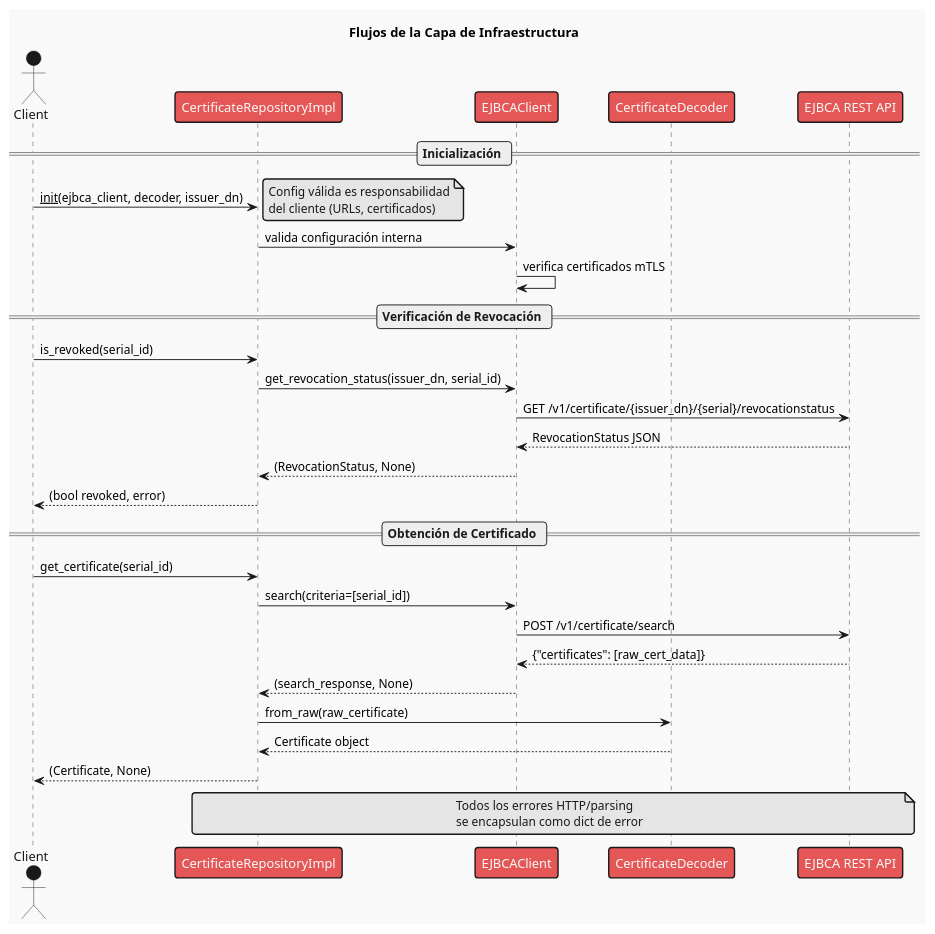
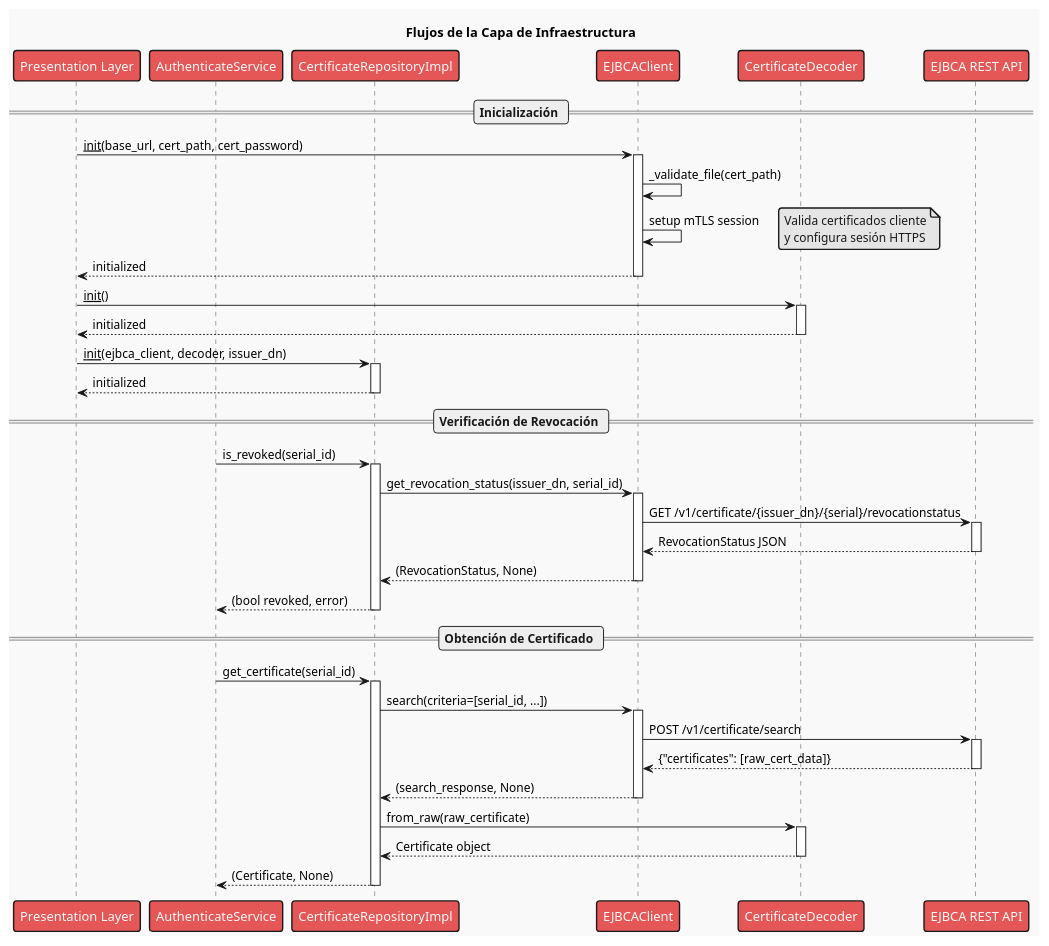
Before and after one commit to brunoperezm/ejbca-tesis: the diagram in documentation/level4-diagrams/infraestructure_sequence.plantuml, drawn with PlantUML. The commit also changed 1 other file, not shown here.

Commit message:
Modifica diagramas de capa de infraestructura

```diff
--- a/documentation/level4-diagrams/infraestructure_sequence.plantuml
+++ b/documentation/level4-diagrams/infraestructure_sequence.plantuml
@@ -1,37 +1,64 @@
 @startuml
 !theme mars
 title Flujos de la Capa de Infraestructura
 
-actor Client
+participant "Presentation Layer" as Presentation
+participant AuthenticateService
 participant CertificateRepositoryImpl as Repo
 participant EJBCAClient
 participant CertificateDecoder as Decoder
 participant "EJBCA REST API" as EJBCA
 
 == Inicialización ==
-Client -> Repo: __init__(ejbca_client, decoder, issuer_dn)
-note right: Config válida es responsabilidad\ndel cliente (URLs, certificados)
-Repo -> EJBCAClient: valida configuración interna
-EJBCAClient -> EJBCAClient: verifica certificados mTLS
+
+Presentation -> EJBCAClient: __init__(base_url, cert_path, cert_password)
+activate EJBCAClient
+EJBCAClient -> EJBCAClient: _validate_file(cert_path)
+EJBCAClient -> EJBCAClient: setup mTLS session
+note right: Valida certificados cliente\ny configura sesión HTTPS
+Presentation <-- EJBCAClient: initialized
+deactivate EJBCAClient
+
+Presentation -> Decoder: __init__()
+activate Decoder
+Presentation <-- Decoder: initialized
+deactivate Decoder
+
+Presentation -> Repo: __init__(ejbca_client, decoder, issuer_dn)
+activate Repo
+Presentation <-- Repo: initialized
+deactivate Repo
 
 == Verificación de Revocación ==
-Client -> Repo: is_revoked(serial_id)
+AuthenticateService -> Repo: is_revoked(serial_id)
+activate Repo
 Repo -> EJBCAClient: get_revocation_status(issuer_dn, serial_id)
+activate EJBCAClient
 EJBCAClient -> EJBCA: GET /v1/certificate/{issuer_dn}/{serial}/revocationstatus
+activate EJBCA
 EJBCA --> EJBCAClient: RevocationStatus JSON
+deactivate EJBCA
 EJBCAClient --> Repo: (RevocationStatus, None)
-Repo --> Client: (bool revoked, error)
+deactivate EJBCAClient
+Repo --> AuthenticateService: (bool revoked, error)
+deactivate Repo
 
 == Obtención de Certificado ==
-Client -> Repo: get_certificate(serial_id)
-Repo -> EJBCAClient: search(criteria=[serial_id])
+AuthenticateService -> Repo: get_certificate(serial_id)
+activate Repo
+Repo -> EJBCAClient: search(criteria=[serial_id, ...])
+activate EJBCAClient
 EJBCAClient -> EJBCA: POST /v1/certificate/search
+activate EJBCA
 EJBCA --> EJBCAClient: {"certificates": [raw_cert_data]}
+deactivate EJBCA
 EJBCAClient --> Repo: (search_response, None)
+deactivate EJBCAClient
 Repo -> Decoder: from_raw(raw_certificate)
+activate Decoder
 Decoder --> Repo: Certificate object
-Repo --> Client: (Certificate, None)
-
-note over Repo, EJBCA: Todos los errores HTTP/parsing\nse encapsulan como dict de error
+deactivate Decoder
+Repo --> AuthenticateService: (Certificate, None)
+deactivate Repo
 
 @enduml
```
